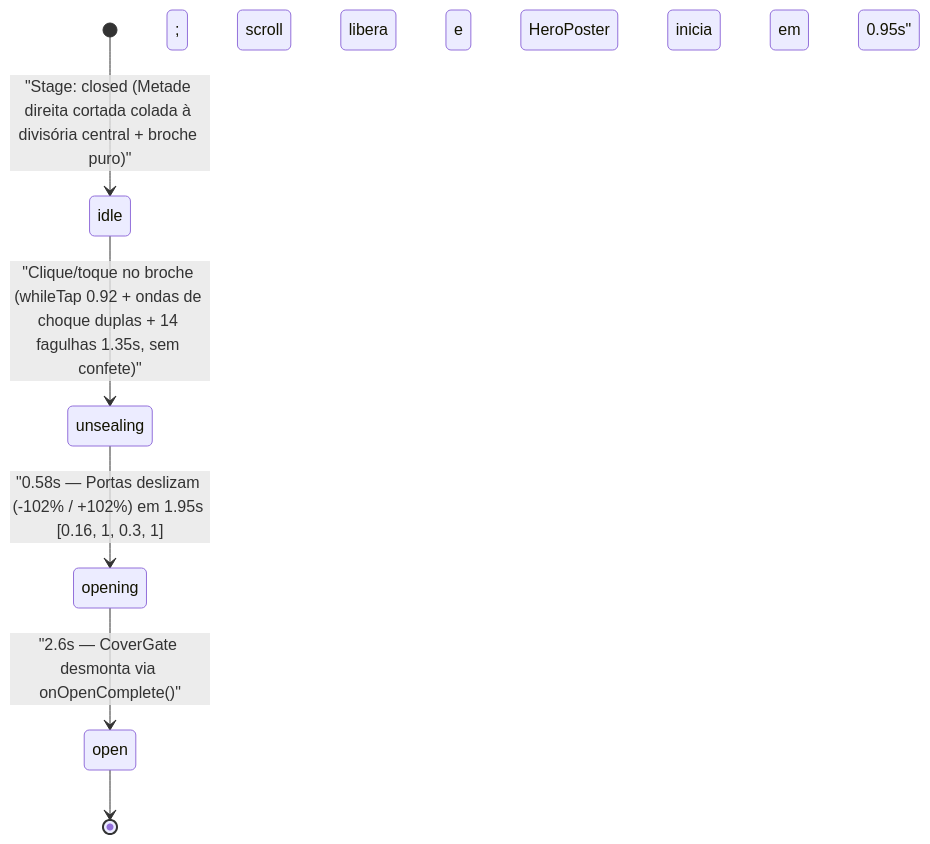
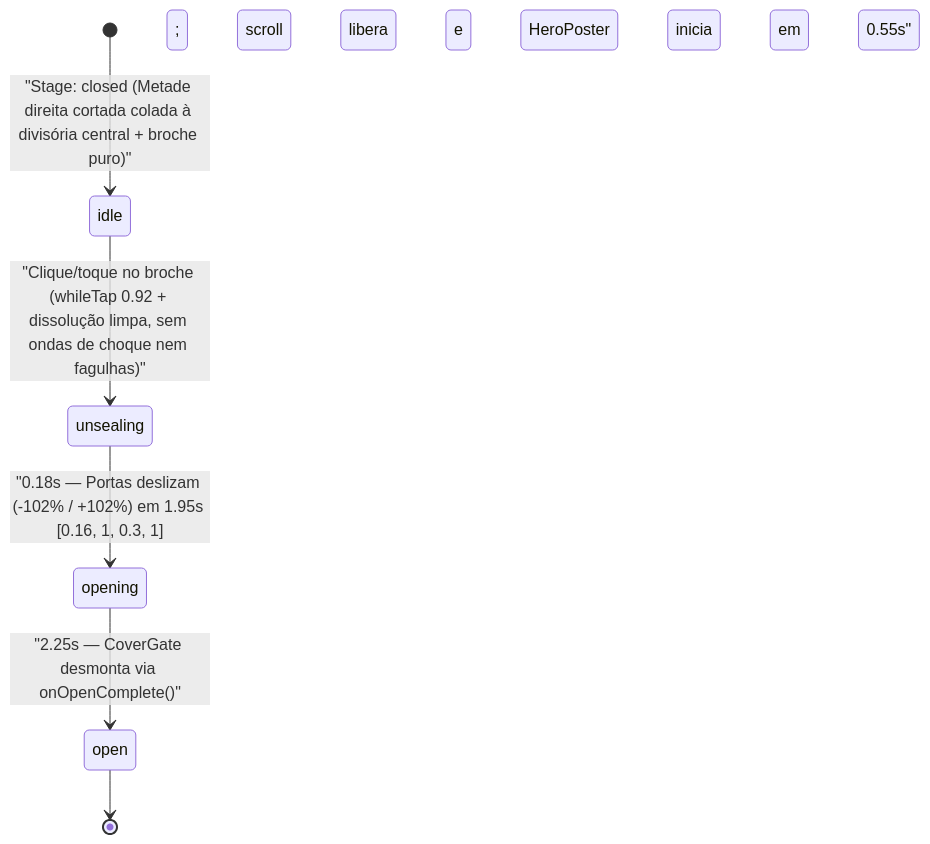
The diagram in Docs/02-envelope-3d-e-animacoes.md (gomeslxy/carol-convite), drawn with Mermaid before and after one commit. The commit also changed other lines of this file and 11 other files, not shown here.

````diff
--- a/Docs/02-envelope-3d-e-animacoes.md
+++ b/Docs/02-envelope-3d-e-animacoes.md
@@ -34,8 +34,8 @@
 ```mermaid
 stateDiagram-v2
     [*] --> idle : "Stage: closed (Metade direita cortada colada à divisória central + broche puro)"
-    idle --> unsealing : "Clique/toque no broche (whileTap 0.92 + ondas de choque duplas + 14 fagulhas 1.35s, sem confete)"
-    unsealing --> opening : "0.58s — Portas deslizam (-102% / +102%) em 1.95s [0.16, 1, 0.3, 1]; scroll libera e HeroPoster inicia em 0.95s"
-    opening --> open : "2.6s — CoverGate desmonta via onOpenComplete()"
+    idle --> unsealing : "Clique/toque no broche (whileTap 0.92 + dissolução limpa, sem ondas de choque nem fagulhas)"
+    unsealing --> opening : "0.18s — Portas deslizam (-102% / +102%) em 1.95s [0.16, 1, 0.3, 1]; scroll libera e HeroPoster inicia em 0.55s"
+    opening --> open : "2.25s — CoverGate desmonta via onOpenComplete()"
     open --> [*]
 ```
````
